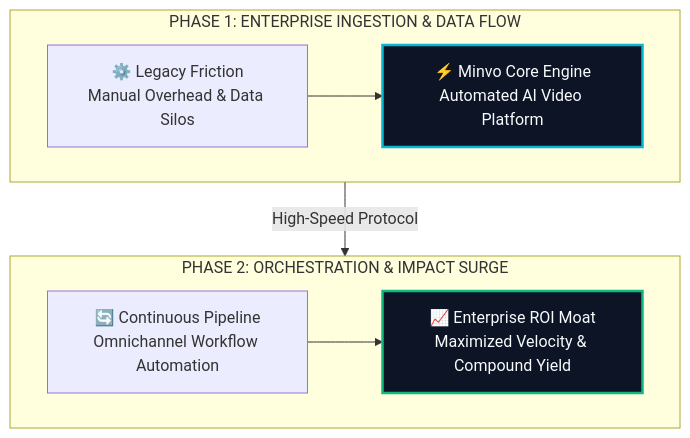
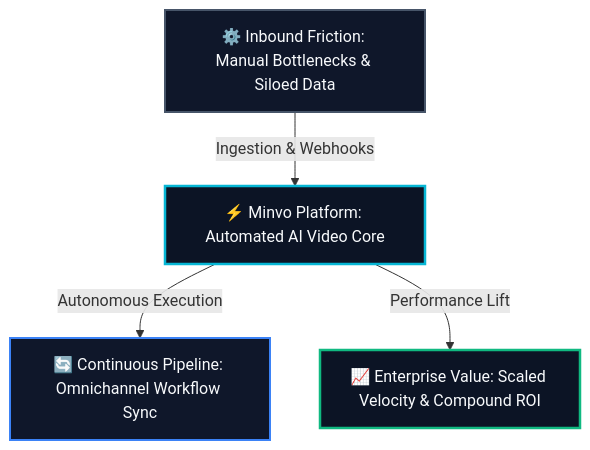
One commit to heliatech-media/saas-radar changed the diagram in site/src/content/blog/minvo-evolution-guide-2026.md. Above: the diagram before and after it, drawn with Mermaid. The commit also changed 93 other files, not shown here.

First line of the commit message:
fix(diagrams): resolve dagre-d3 subgraph collision by migrating to balanced 3-tier Hub & Spoke architecture

````diff
--- a/site/src/content/blog/minvo-evolution-guide-2026.md
+++ b/site/src/content/blog/minvo-evolution-guide-2026.md
@@ -64,14 +64,14 @@
 ```mermaid
 flowchart TD
-    subgraph S1["PHASE 1: ENTERPRISE INGESTION & DATA FLOW"]
-        direction LR
-        A["⚙️ Legacy Friction<br/>Manual Overhead & Data Silos"] --> B["⚡ Minvo Core Engine<br/>Automated AI Video Platform"]
-    end
-    subgraph S2["PHASE 2: ORCHESTRATION & IMPACT SURGE"]
-        direction LR
-        C["🔄 Continuous Pipeline<br/>Omnichannel Workflow Automation"] --> D["📈 Enterprise ROI Moat<br/>Maximized Velocity & Compound Yield"]
-    end
-    S1 -->|High-Speed Protocol| S2
-    style B fill:#0c1425,stroke:#06b6d4,stroke-width:2.5px,color:#f8fafc
-    style D fill:#0c1425,stroke:#10b981,stroke-width:2.5px,color:#f8fafc
+    Inp["⚙️ Inbound Friction: Manual Bottlenecks & Siloed Data"]
+    Eng["⚡ Minvo Platform: Automated AI Video Core"]
+    Out1["🔄 Continuous Pipeline: Omnichannel Workflow Sync"]
+    Out2["📈 Enterprise Value: Scaled Velocity & Compound ROI"]
+    Inp -->|Ingestion & Webhooks| Eng
+    Eng -->|Autonomous Execution| Out1
+    Eng -->|Performance Lift| Out2
+    style Inp fill:#0f172a,stroke:#475569,stroke-width:2px,color:#f8fafc
+    style Eng fill:#0c1425,stroke:#06b6d4,stroke-width:2.5px,color:#f8fafc
+    style Out1 fill:#0f172a,stroke:#3b82f6,stroke-width:2px,color:#f8fafc
+    style Out2 fill:#0c1425,stroke:#10b981,stroke-width:2.5px,color:#f8fafc
 ```
````
